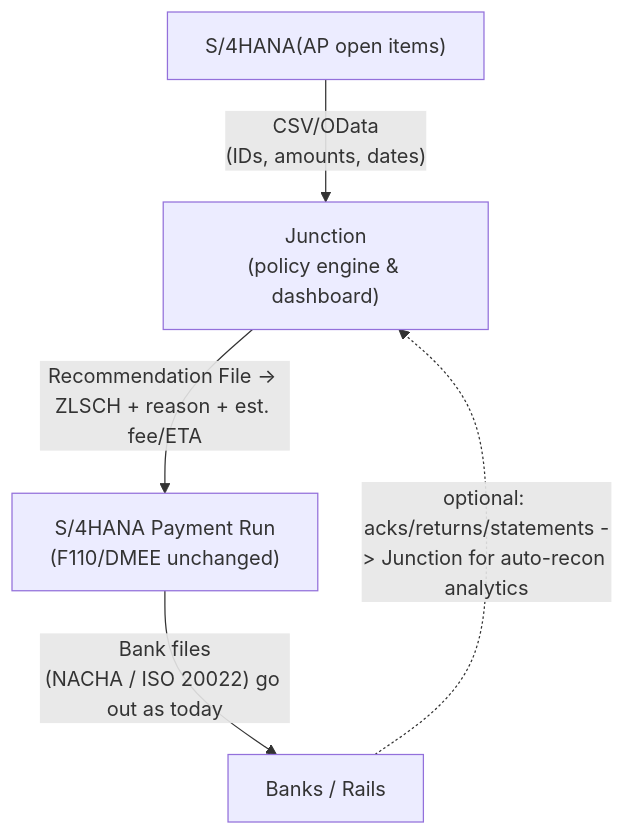
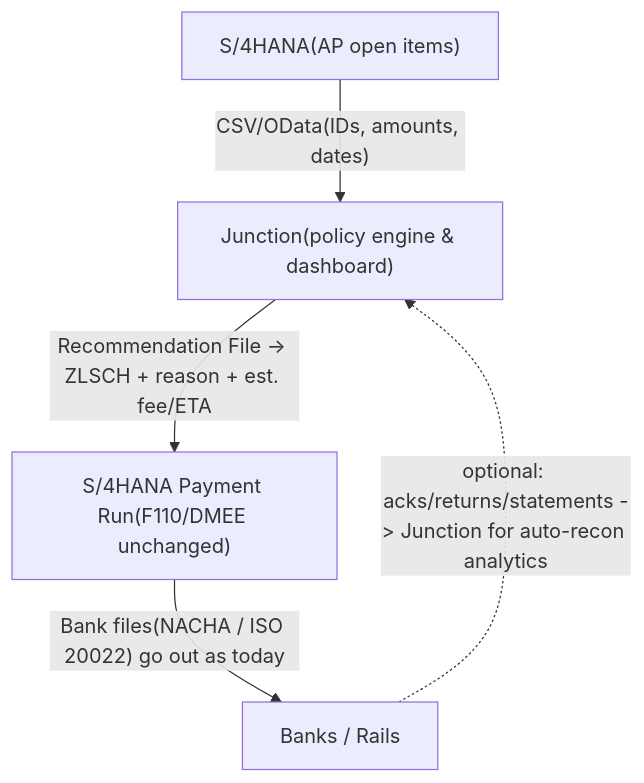
One commit to Junction-Engine/Junction-Open changed the diagram in README.md. Above: the diagram before and after it, drawn with Mermaid.

````diff
--- a/README.md
+++ b/README.md
@@ -5,8 +5,8 @@
 ```mermaid
 flowchart TB
   s4["S/4HANA(AP open items)"]
-  s4 -->|"CSV/OData\n(IDs, amounts, dates)"| jn["Junction\n(policy engine & dashboard)"]
-  jn -->|"Recommendation File -> ZLSCH + reason + est. fee/ETA"| f110["S/4HANA Payment Run\n(F110/DMEE unchanged)"]
-  f110 -->|"Bank files\n(NACHA / ISO 20022) go out as today"| banks["Banks / Rails"]
+  s4 -->|"CSV/OData(IDs, amounts, dates)"| jn["Junction(policy engine & dashboard)"]
+  jn -->|"Recommendation File -> ZLSCH + reason + est. fee/ETA"| f110["S/4HANA Payment Run(F110/DMEE unchanged)"]
+  f110 -->|"Bank files(NACHA / ISO 20022) go out as today"| banks["Banks / Rails"]
   banks -.->|"optional: acks/returns/statements -> Junction for auto-recon analytics"| jn
 ```
````
